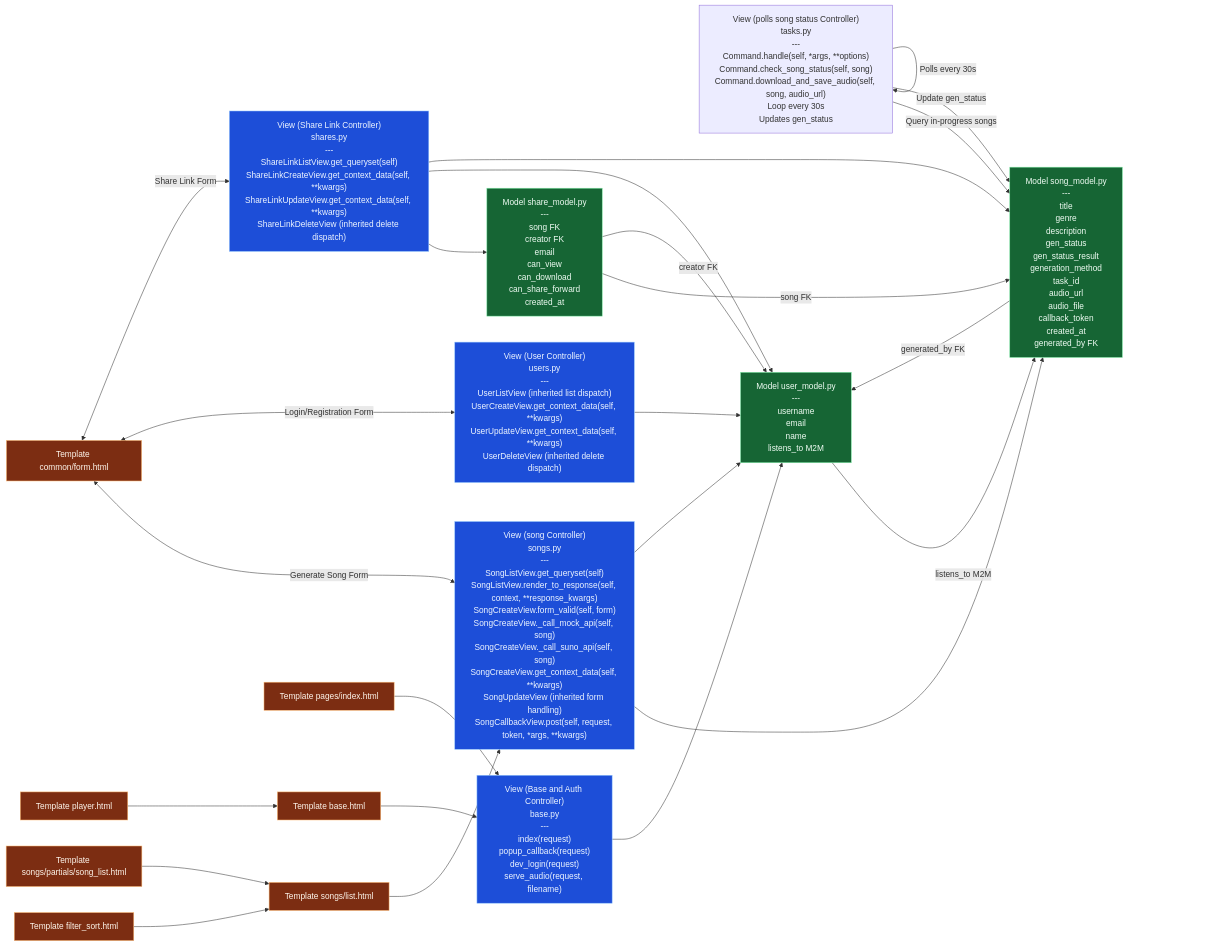
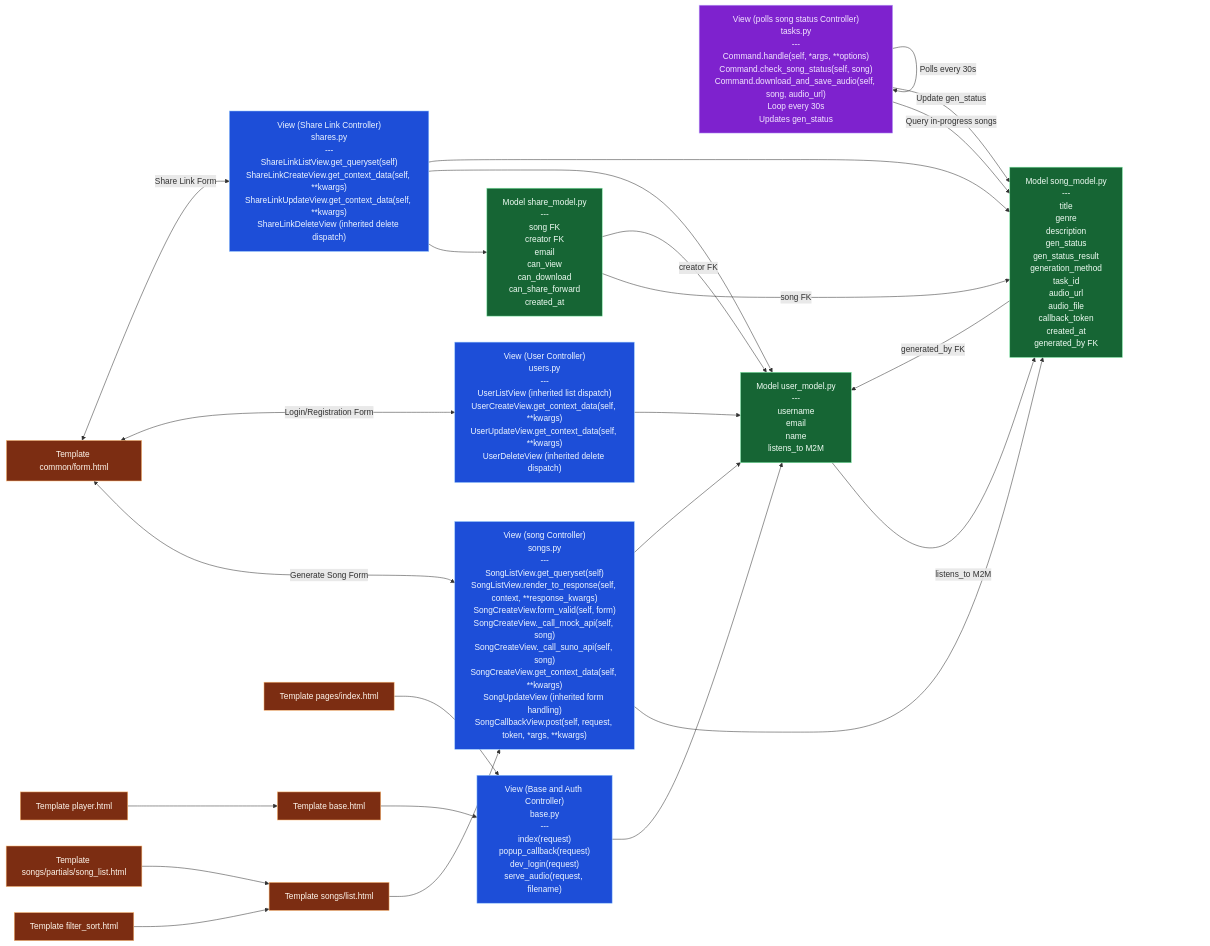
Before and after one commit to taamtera/musicprojectdjango: the first of 3 diagrams in README.md, drawn with Mermaid.

Commit message:
fix color for poll

````diff
--- a/README.md
+++ b/README.md
@@ -77,65 +77,67 @@
 ```mermaid
 flowchart LR
 
    %% View/View Layer
    VB["View (Base and Auth Controller)<br/>base.py<br/>---<br/>index(request)<br/>popup_callback(request)<br/>dev_login(request)<br/>serve_audio(request, filename)"]
    VS["View (song Controller)<br/>songs.py<br/>---<br/>SongListView.get_queryset(self)<br/>SongListView.render_to_response(self, context, **response_kwargs)<br/>SongCreateView.form_valid(self, form)<br/>SongCreateView._call_mock_api(self, song)<br/>SongCreateView._call_suno_api(self, song)<br/>SongCreateView.get_context_data(self, **kwargs)<br/>SongUpdateView (inherited form handling)<br/>SongCallbackView.post(self, request, token, *args, **kwargs)"]
    VU["View (User Controller)<br/>users.py<br/>---<br/>UserListView (inherited list dispatch)<br/>UserCreateView.get_context_data(self, **kwargs)<br/>UserUpdateView.get_context_data(self, **kwargs)<br/>UserDeleteView (inherited delete dispatch)"]
    VSH["View (Share Link Controller)<br/>shares.py<br/>---<br/>ShareLinkListView.get_queryset(self)<br/>ShareLinkCreateView.get_context_data(self, **kwargs)<br/>ShareLinkUpdateView.get_context_data(self, **kwargs)<br/>ShareLinkDeleteView (inherited delete dispatch)"]
-   VP["View (polls song status Controller)<br/>tasks.py<br/>---<br/>Command.handle(self, *args, **options)<br/>Command.check_song_status(self, song)<br/>Command.download_and_save_audio(self, song, audio_url)<br/>Loop every 30s<br/>Updates gen_status"]
+   VT["View (polls song status Controller)<br/>tasks.py<br/>---<br/>Command.handle(self, *args, **options)<br/>Command.check_song_status(self, song)<br/>Command.download_and_save_audio(self, song, audio_url)<br/>Loop every 30s<br/>Updates gen_status"]
 
    %% Model Layer
    MU["Model user_model.py<br/>---<br/>username<br/>email<br/>name<br/>listens_to M2M"]
    MS["Model song_model.py<br/>---<br/>title<br/>genre<br/>description<br/>gen_status<br/>gen_status_result<br/>generation_method<br/>task_id<br/>audio_url<br/>audio_file<br/>callback_token<br/>created_at<br/>generated_by FK"]
    MSL["Model share_model.py<br/>---<br/>song FK<br/>creator FK<br/>email<br/>can_view<br/>can_download<br/>can_share_forward<br/>created_at"]
 
    %% Template Layer
    TB["Template base.html"]
    TP["Template player.html"]
    TF["Template filter_sort.html"]
    TL["Template songs/list.html"]
    TLP["Template songs/partials/song_list.html"]
    TFORM["Template common/form.html"]
    TINDEX["Template pages/index.html"]
 
    %% View to models
    VB --> MU
    VS --> MS
    VS --> MU
    VU --> MU
    VSH --> MSL
    VSH --> MU
    VSH --> MS
-   VP -->|Query in-progress songs| MS
-   VP -->|Update gen_status| MS
-   VP -->|Polls every 30s| VP
+   VT -->|Query in-progress songs| MS
+   VT -->|Update gen_status| MS
+   VT -->|Polls every 30s| VT
 
    %% Model relations
    MU -->|listens_to M2M| MS
    MS -->|generated_by FK| MU
    MSL -->|song FK| MS
    MSL -->|creator FK| MU
 
    %% Template to views
    TL --> VS
    TINDEX --> VB 
    TB --> VB  
    TFORM <--> |Generate Song Form| VS 
    TFORM <--> |Login/Registration Form| VU 
    TFORM <--> |Share Link Form| VSH 
 
    %% Template composition
    TF --> TL
    TLP --> TL
    TP --> TB  
 
    %% Color coding: M / V / T (+ routes)
    classDef route fill:#1f2937,stroke:#9ca3af,color:#f9fafb,stroke-width:1px;
-   classDef view fill:#1d4ed8,stroke:#93c5fd,color:#eff6ff,stroke-width:1px;
+   classDef view fill:#1d4ed8,stroke:#93c5fd,color:#eff6ff,stroke-width:1px;'
+   classDef task fill:#7e22ce,stroke:#c4b5fd,color:#f3e8ff,stroke-width:1px;
    classDef model fill:#166534,stroke:#86efac,color:#f0fdf4,stroke-width:1px;
    classDef template fill:#7c2d12,stroke:#fdba74,color:#fff7ed,stroke-width:1px;
 
    class VB,VS,VU,VSH view;
    class MU,MS,MSL model;
    class TB,TP,TF,TL,TLP,TFORM,TINDEX template;
+   class VT task;
 ```
````
